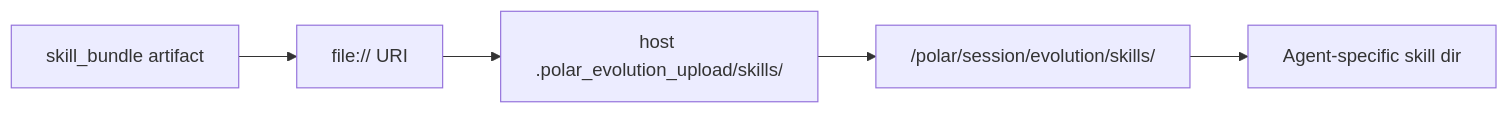
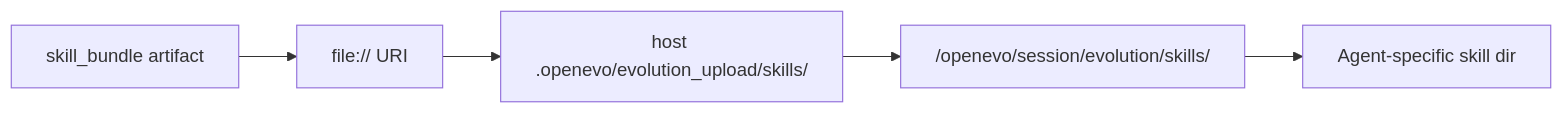
The second of 4 diagrams in docs/architecture/evolution-runtime-context.md (KDBRonaldo/OpenEvo), drawn with Mermaid before and after one commit. The commit also changed other lines of this file and 75 other files, not shown here.

Commit message:
refactor: migrate runtime identity to openevo (#124)

````diff
--- a/docs/architecture/evolution-runtime-context.md
+++ b/docs/architecture/evolution-runtime-context.md
@@ -97,10 +97,10 @@
 ```mermaid
 flowchart LR
     ContextSkill[skill_bundle artifact]
     FileURI[file:// URI]
-    StageDir["host .polar_evolution_upload/skills/<safe-name>"]
-    RuntimeDir["/polar/session/evolution/skills/<safe-name>"]
+    StageDir["host .openevo/evolution_upload/skills/<safe-name>"]
+    RuntimeDir["/openevo/session/evolution/skills/<safe-name>"]
     HarnessSkillDir[Agent-specific skill dir]
 
     ContextSkill --> FileURI --> StageDir --> RuntimeDir --> HarnessSkillDir
 ```
````
